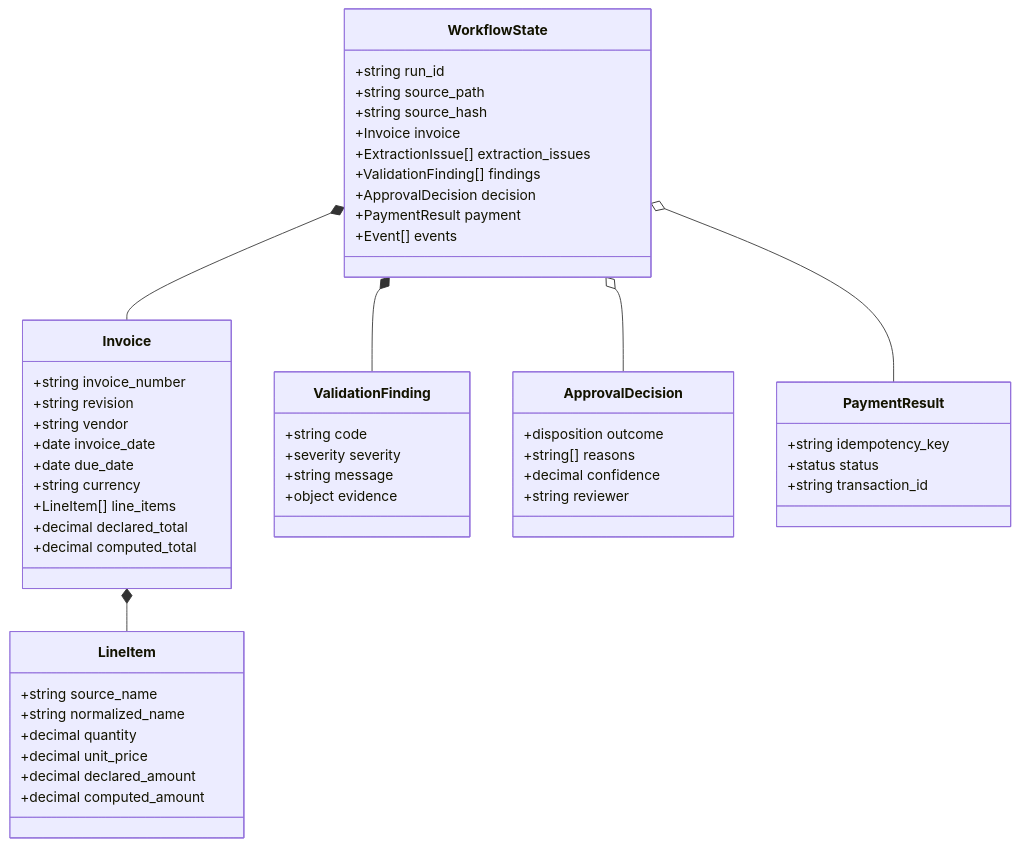
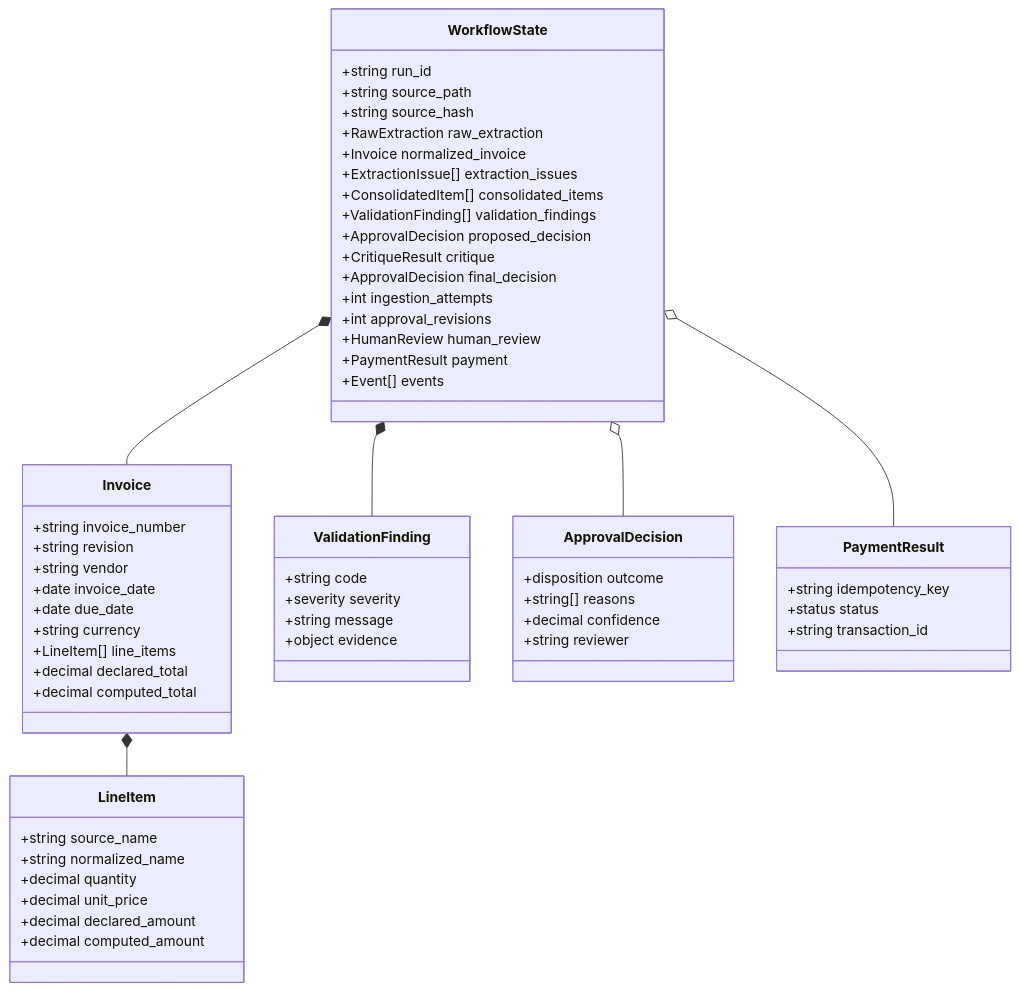
One commit to ConnorRussi/galatiq-case-invoices changed the second of 4 diagrams in docs/target-architecture.md. Above: the diagram before and after it, drawn with Mermaid. The commit also changed other lines of this file and 39 other files, not shown here.

````diff
--- a/docs/target-architecture.md
+++ b/docs/target-architecture.md
@@ -59,55 +72,62 @@
 ```mermaid
 classDiagram
     class WorkflowState {
       +string run_id
       +string source_path
       +string source_hash
-      +Invoice invoice
+      +RawExtraction raw_extraction
+      +Invoice normalized_invoice
       +ExtractionIssue[] extraction_issues
-      +ValidationFinding[] findings
-      +ApprovalDecision decision
+      +ConsolidatedItem[] consolidated_items
+      +ValidationFinding[] validation_findings
+      +ApprovalDecision proposed_decision
+      +CritiqueResult critique
+      +ApprovalDecision final_decision
+      +int ingestion_attempts
+      +int approval_revisions
+      +HumanReview human_review
       +PaymentResult payment
       +Event[] events
     }
     class Invoice {
       +string invoice_number
       +string revision
       +string vendor
       +date invoice_date
       +date due_date
       +string currency
       +LineItem[] line_items
       +decimal declared_total
       +decimal computed_total
     }
     class LineItem {
       +string source_name
       +string normalized_name
       +decimal quantity
       +decimal unit_price
       +decimal declared_amount
       +decimal computed_amount
     }
     class ValidationFinding {
       +string code
       +severity severity
       +string message
       +object evidence
     }
     class ApprovalDecision {
       +disposition outcome
       +string[] reasons
       +decimal confidence
       +string reviewer
     }
     class PaymentResult {
       +string idempotency_key
       +status status
       +string transaction_id
     }
     WorkflowState *-- Invoice
     Invoice *-- LineItem
     WorkflowState *-- ValidationFinding
     WorkflowState o-- ApprovalDecision
     WorkflowState o-- PaymentResult
 ```
````
